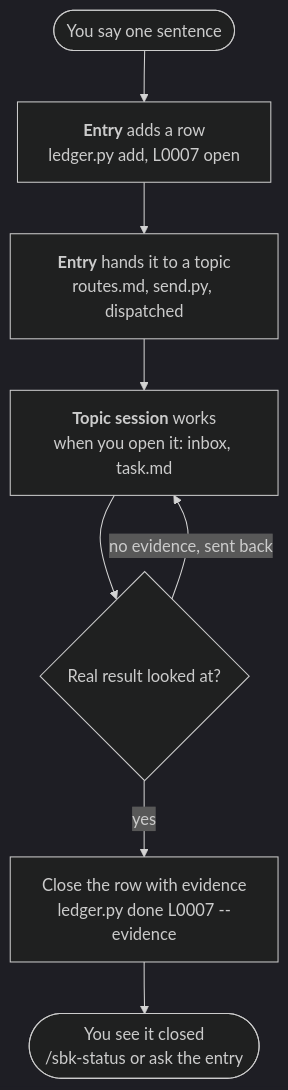
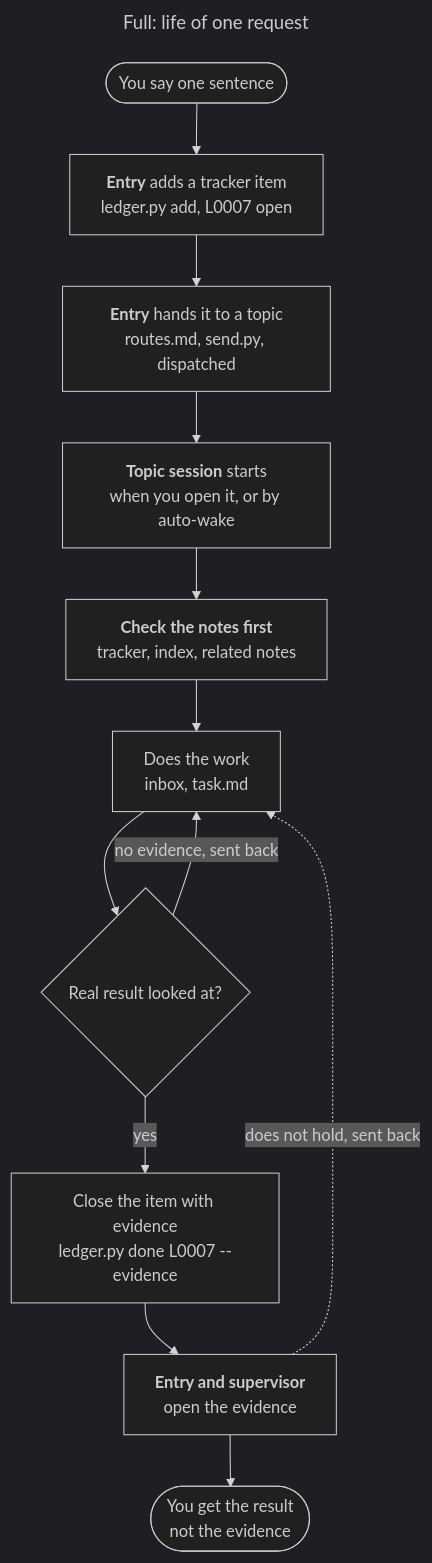
The second of 6 diagrams in docs/ADVANCED.md (0Smallcat0/second-brain-kit), drawn with Mermaid (dark theme) before and after one commit. The commit also changed other lines of this file and 48 other files, not shown here.

Commit message:
0.2.4: Full-plan labels, tracker wording, fixed entry/supervisor/maintenance sessions, plan-based wake choice

````diff
--- a/docs/ADVANCED.md
+++ b/docs/ADVANCED.md
@@ -69,10 +110,17 @@
 ```mermaid
+---
+title: "Full: life of one request"
+---
 flowchart TD
-  A(["You say one sentence"]) --> B["<b>Entry</b> adds a row<br/>ledger.py add, L0007 open"]
+  A(["You say one sentence"]) --> B["<b>Entry</b> adds a tracker item<br/>ledger.py add, L0007 open"]
   B --> C["<b>Entry</b> hands it to a topic<br/>routes.md, send.py, dispatched"]
-  C --> D["<b>Topic session</b> works<br/>when you open it: inbox, task.md"]
-  D --> E{"Real result looked at?"}
-  E -->|no evidence, sent back| D
-  E -->|yes| F["Close the row with evidence<br/>ledger.py done L0007 --evidence"]
-  F --> G(["You see it closed<br/>/sbk-status or ask the entry"])
+  C --> D["<b>Topic session</b> starts<br/>when you open it, or by auto-wake"]
+  D --> N["<b>Check the notes first</b><br/>tracker, index, related notes"]
+  N --> W["Does the work<br/>inbox, task.md"]
+  W --> E{"Real result looked at?"}
+  E -->|no evidence, sent back| W
+  E -->|yes| F["Close the item with evidence<br/>ledger.py done L0007 --evidence"]
+  F --> S["<b>Entry and supervisor</b><br/>open the evidence"]
+  S -.->|does not hold, sent back| W
+  S --> G(["You get the result<br/>not the evidence"])
 ```
````
